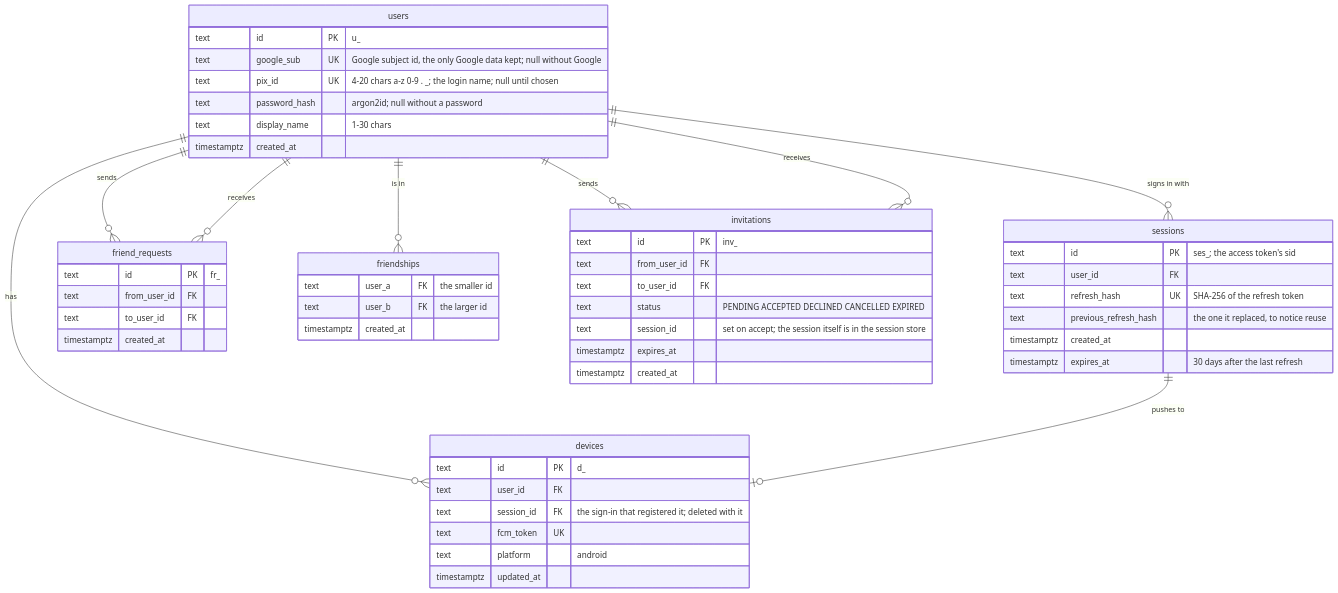
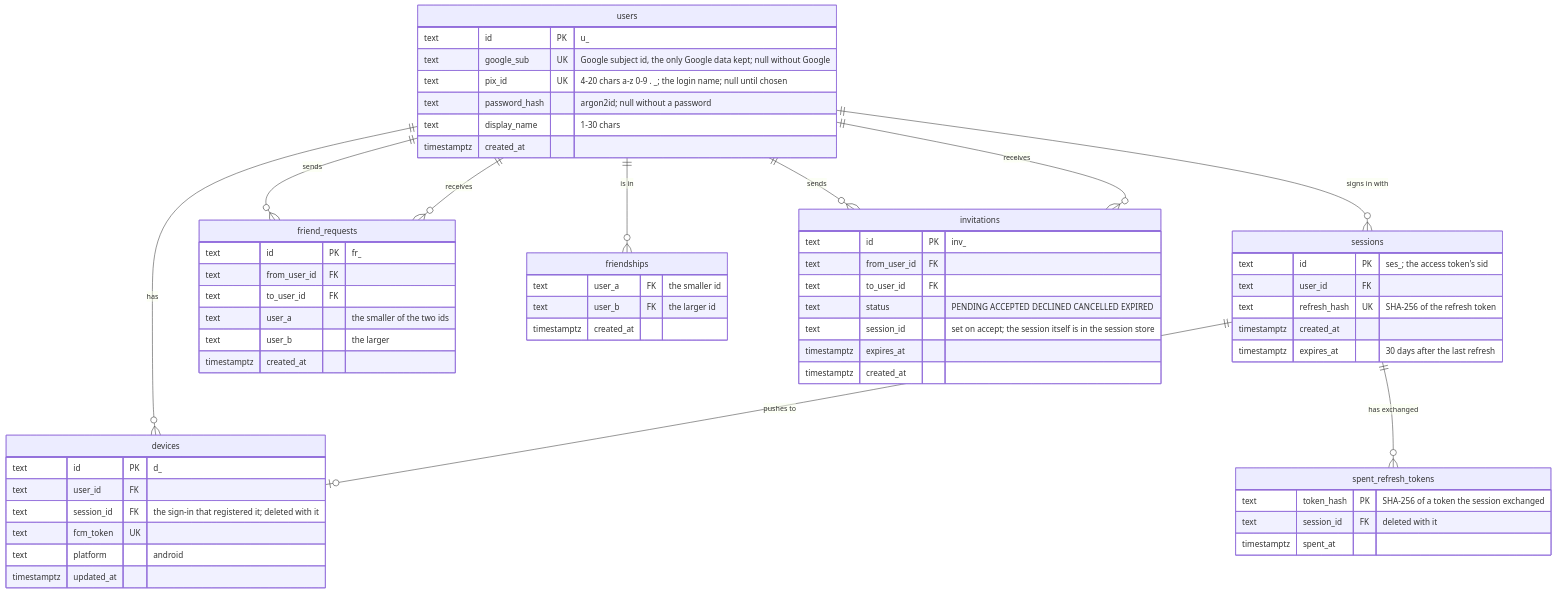
Before and after one commit to snuhcs-course/swpp-2026-project-team-10: diagram 12 of 12 in wiki/Design-Documentation.md, drawn with Mermaid. The commit also changed other lines of this file and 14 other files, not shown here.

First line of the commit message:
fix: address the review of refresh reuse, crossing requests, and hashing

````diff
--- a/wiki/Design-Documentation.md
+++ b/wiki/Design-Documentation.md
@@ -1605,55 +1608,62 @@
 ```mermaid
 erDiagram
   users ||--o{ devices : has
   users ||--o{ sessions : "signs in with"
+  sessions ||--o{ spent_refresh_tokens : "has exchanged"
   sessions ||--o| devices : "pushes to"
   users ||--o{ friend_requests : sends
   users ||--o{ friend_requests : receives
   users ||--o{ friendships : "is in"
   users ||--o{ invitations : sends
   users ||--o{ invitations : receives
   users {
     text id PK "u_<ulid>"
     text google_sub UK "Google subject id, the only Google data kept; null without Google"
     text pix_id UK "4-20 chars a-z 0-9 . _; the login name; null until chosen"
     text password_hash "argon2id; null without a password"
     text display_name "1-30 chars"
     timestamptz created_at
   }
   devices {
     text id PK "d_<ulid>"
     text user_id FK
     text session_id FK "the sign-in that registered it; deleted with it"
     text fcm_token UK
     text platform "android"
     timestamptz updated_at
   }
   sessions {
     text id PK "ses_<ulid>; the access token's sid"
     text user_id FK
     text refresh_hash UK "SHA-256 of the refresh token"
-    text previous_refresh_hash "the one it replaced, to notice reuse"
     timestamptz created_at
     timestamptz expires_at "30 days after the last refresh"
+  }
+  spent_refresh_tokens {
+    text token_hash PK "SHA-256 of a token the session exchanged"
+    text session_id FK "deleted with it"
+    timestamptz spent_at
   }
   friend_requests {
     text id PK "fr_<ulid>"
     text from_user_id FK
     text to_user_id FK
+    text user_a "the smaller of the two ids"
+    text user_b "the larger"
     timestamptz created_at
   }
   friendships {
     text user_a FK "the smaller id"
     text user_b FK "the larger id"
     timestamptz created_at
   }
   invitations {
     text id PK "inv_<ulid>"
     text from_user_id FK
     text to_user_id FK
     text status "PENDING ACCEPTED DECLINED CANCELLED EXPIRED"
     text session_id "set on accept; the session itself is in the session store"
     timestamptz expires_at
     timestamptz created_at
   }
 ```
````
